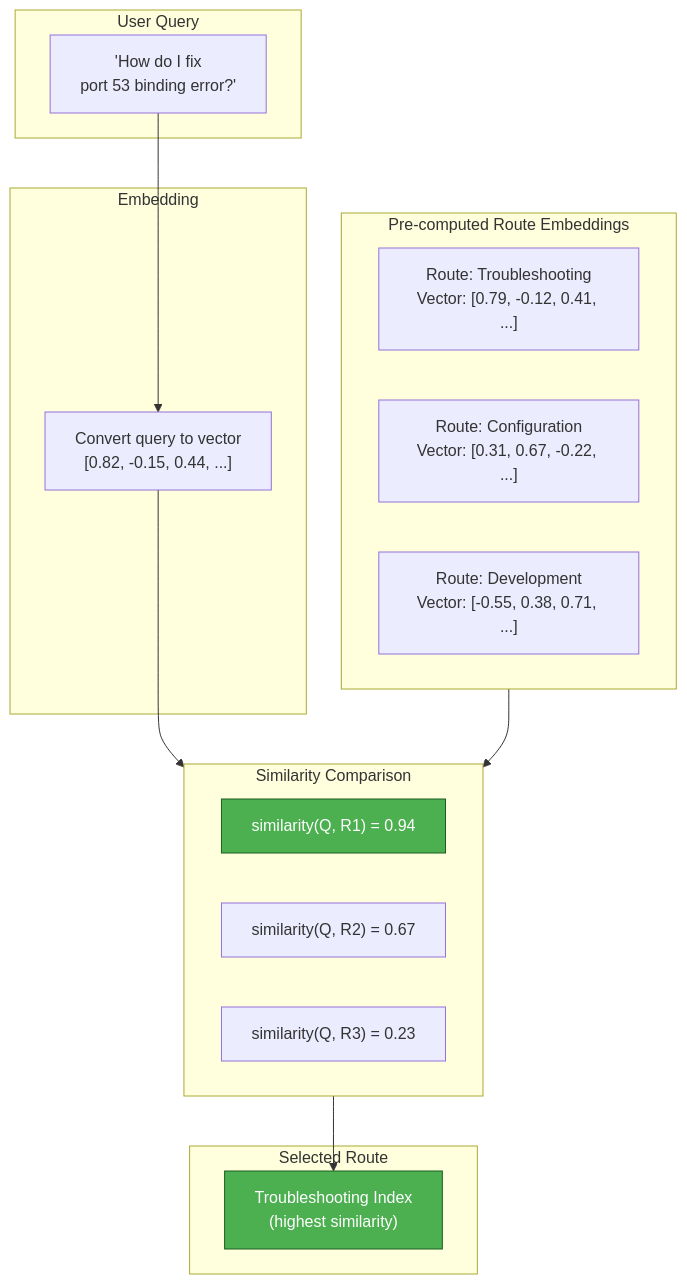
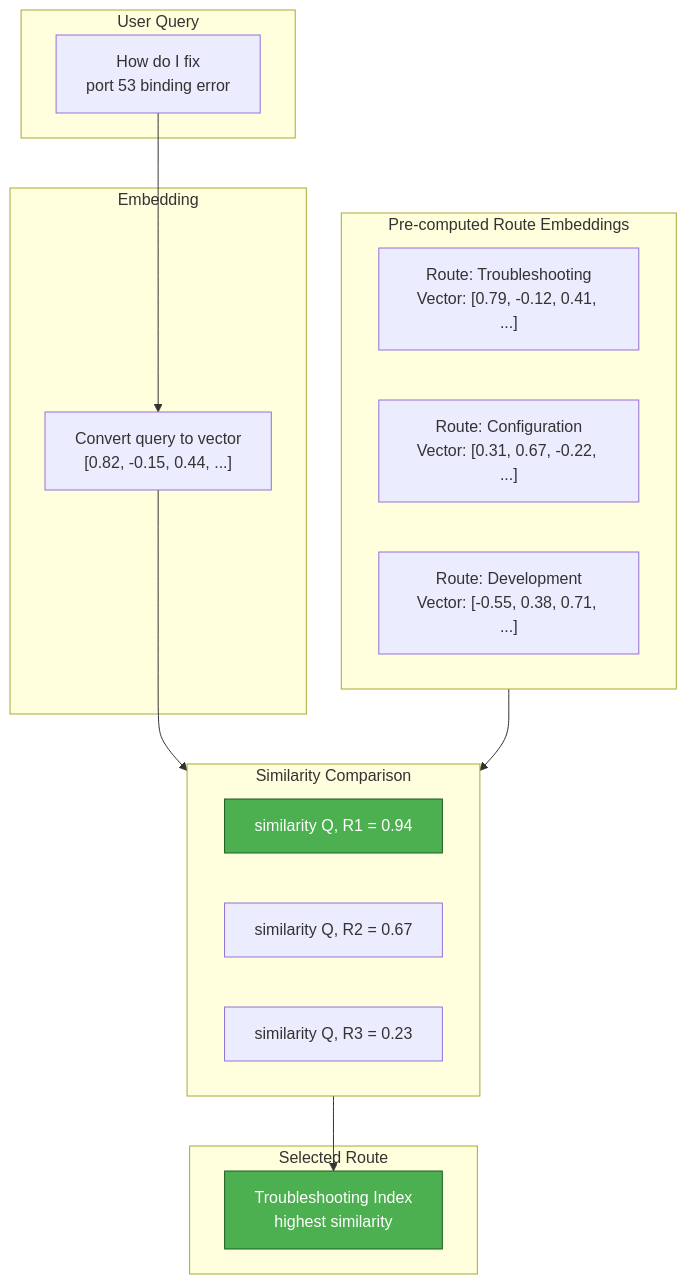
One commit to YiWang24/AiDIY changed diagram 14 of 23 in docs/ai/rag/04-retrieval.mdx. Above: the diagram before and after it, drawn with Mermaid. The commit also changed other lines of this file and 10 other files, not shown here.

First line of the commit message:
docs: enhance RAG documentation and fix Mermaid diagrams

````diff
--- a/docs/ai/rag/04-retrieval.mdx
+++ b/docs/ai/rag/04-retrieval.mdx
@@ -891,34 +891,34 @@
 ```mermaid
 flowchart TB
     subgraph Input["User Query"]
-        Q["'How do I fix<br/>port 53 binding error?'"]
+        Q["How do I fix<br/>port 53 binding error"]
     end
 
     subgraph Embed["Embedding"]
         E["Convert query to vector<br/>[0.82, -0.15, 0.44, ...]"]
     end
 
     subgraph Routes["Pre-computed Route Embeddings"]
         R1["Route: Troubleshooting<br/>Vector: [0.79, -0.12, 0.41, ...]"]
         R2["Route: Configuration<br/>Vector: [0.31, 0.67, -0.22, ...]"]
         R3["Route: Development<br/>Vector: [-0.55, 0.38, 0.71, ...]"]
     end
 
     subgraph Compare["Similarity Comparison"]
-        S1["similarity(Q, R1) = 0.94"]
-        S2["similarity(Q, R2) = 0.67"]
-        S3["similarity(Q, R3) = 0.23"]
+        S1["similarity Q, R1 = 0.94"]
+        S2["similarity Q, R2 = 0.67"]
+        S3["similarity Q, R3 = 0.23"]
     end
 
     subgraph Output["Selected Route"]
-        Selected["Troubleshooting Index<br/>(highest similarity)"]
+        Selected["Troubleshooting Index<br/>highest similarity"]
     end
 
     Q --> E
     E --> Compare
     Routes --> Compare
     Compare --> Selected
 
     style Selected fill:#4caf50,stroke:#1b5e20,color:#fff
     style S1 fill:#4caf50,stroke:#1b5e20,color:#fff
 ```
````
